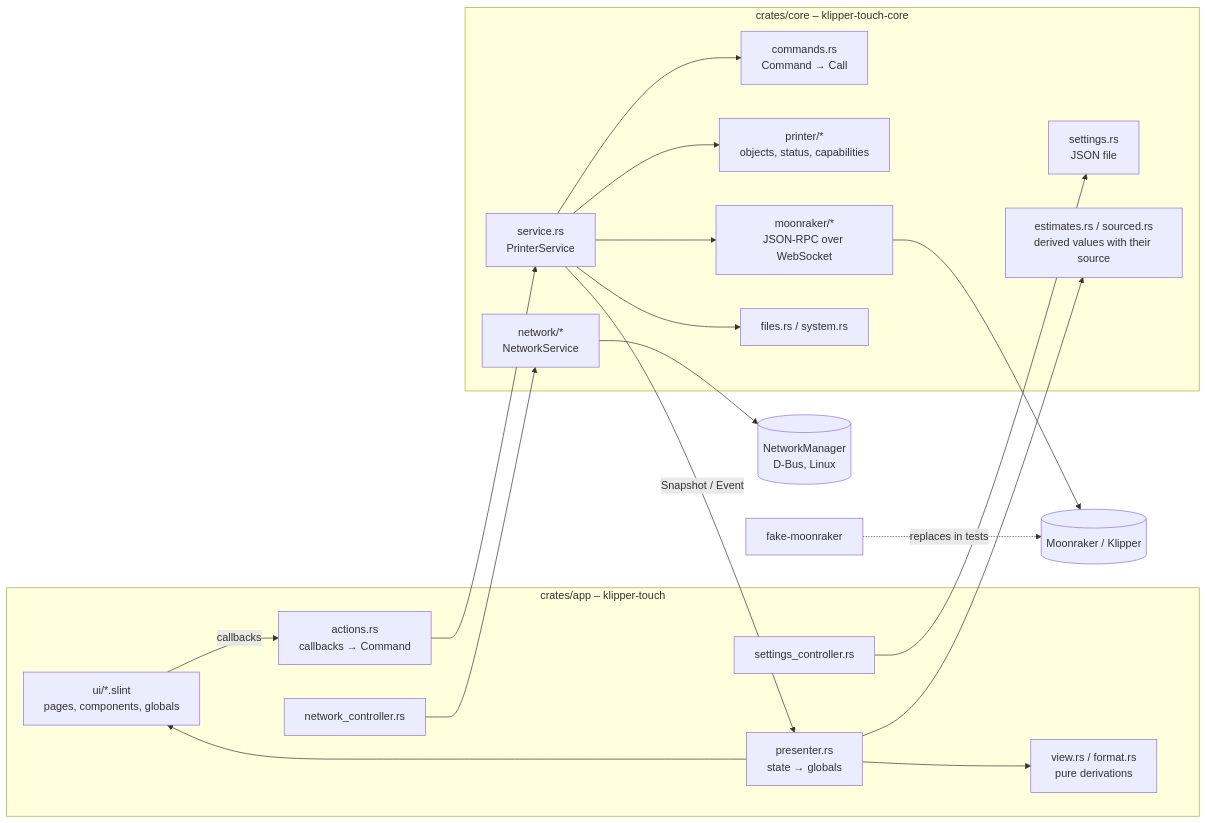
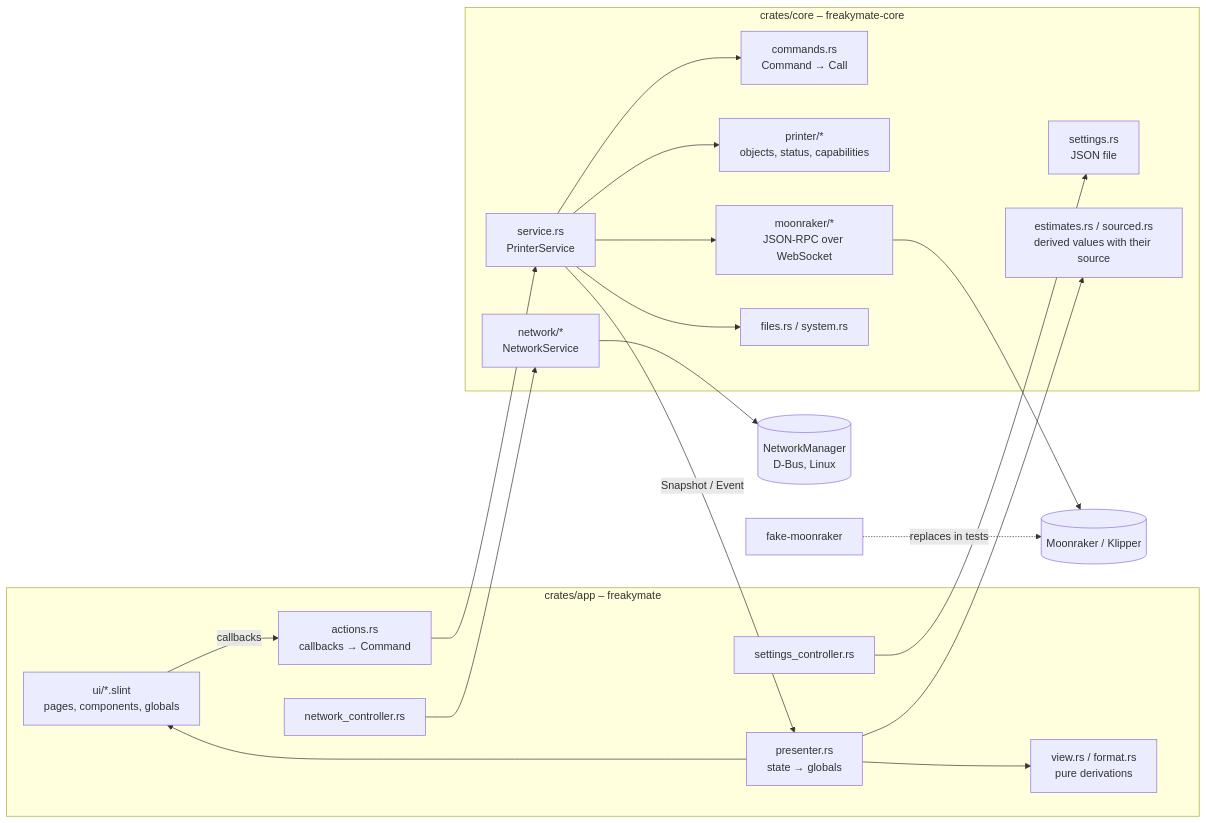
One commit to freakydude/klipper-touch changed the diagram in docs/architecture.md. Above: the diagram before and after it, drawn with Mermaid. The commit also changed other lines of this file and 50 other files, not shown here.

````diff
--- a/docs/architecture.md
+++ b/docs/architecture.md
@@ -9,36 +9,36 @@
 ```mermaid
 flowchart LR
-    subgraph app [crates/app – klipper-touch]
+    subgraph app [crates/app – freakymate]
         UI[ui/*.slint<br/>pages, components, globals]
         P[presenter.rs<br/>state → globals]
         A[actions.rs<br/>callbacks → Command]
         S[settings_controller.rs]
         N[network_controller.rs]
         V[view.rs / format.rs<br/>pure derivations]
     end
-    subgraph core [crates/core – klipper-touch-core]
+    subgraph core [crates/core – freakymate-core]
         SVC[service.rs<br/>PrinterService]
         CMD[commands.rs<br/>Command → Call]
         PR[printer/*<br/>objects, status, capabilities]
         MR[moonraker/*<br/>JSON-RPC over WebSocket]
         SET[settings.rs<br/>JSON file]
         FS[files.rs / system.rs]
         EST[estimates.rs / sourced.rs<br/>derived values with their source]
         NET[network/*<br/>NetworkService]
     end
     M[(Moonraker / Klipper)]
     F[fake-moonraker]
     NM[(NetworkManager<br/>D-Bus, Linux)]
 
     UI -- callbacks --> A --> SVC
     SVC -- Snapshot / Event --> P --> UI
     P --> V
     S --> SET
     SVC --> CMD
     SVC --> PR
     SVC --> FS
     P --> EST
     SVC --> MR --> M
     F -. replaces in tests .-> M
     N --> NET --> NM
 ```
````
